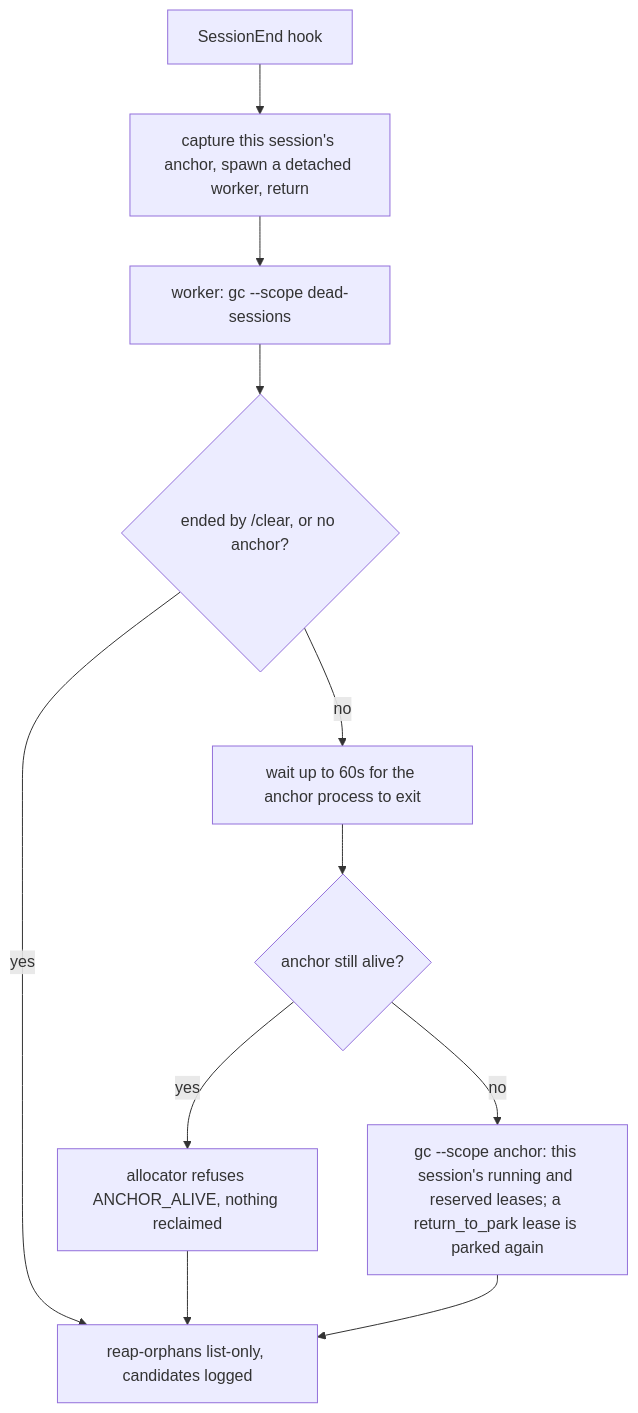
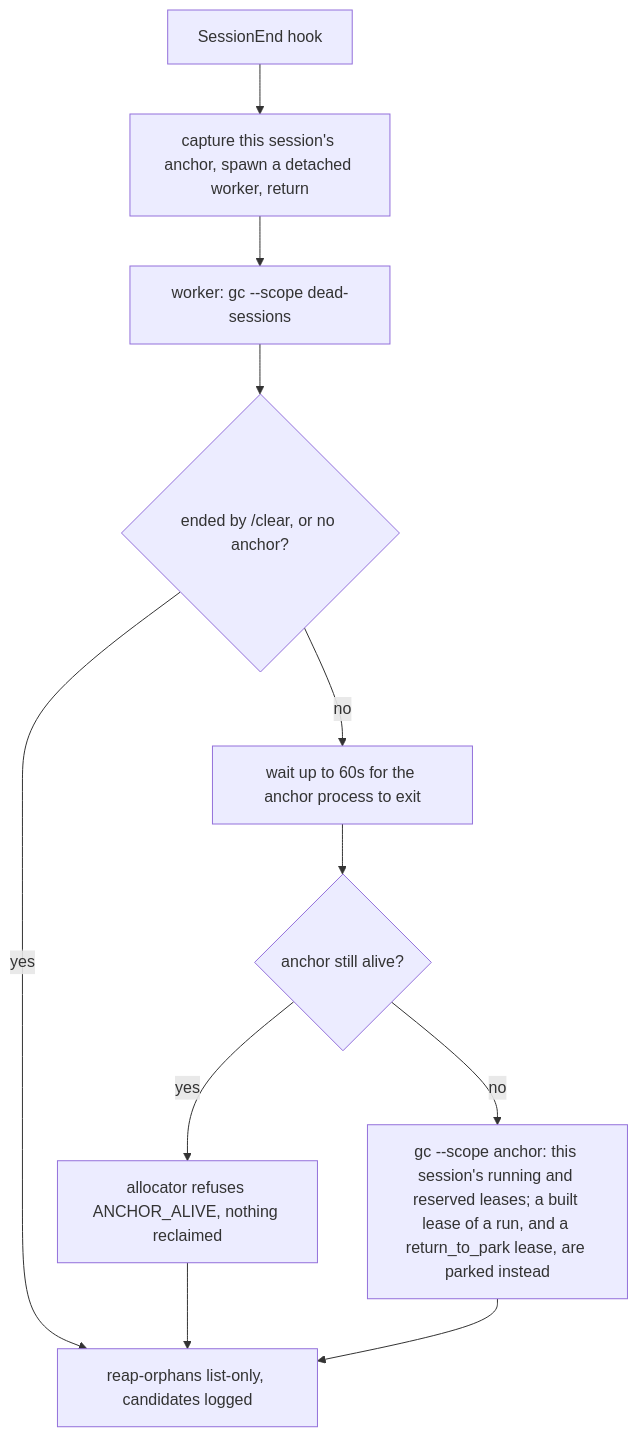
Before and after one commit to Viindoo/odoo-mcp-client: the second of 2 diagrams in plugins/odoo-ai-agents/docs/reference/INSTANCE-ALLOCATION-RECLAIM.md, drawn with Mermaid. The commit also changed other lines of this file and 24 other files, not shown here.

````diff
--- a/plugins/odoo-ai-agents/docs/reference/INSTANCE-ALLOCATION-RECLAIM.md
+++ b/plugins/odoo-ai-agents/docs/reference/INSTANCE-ALLOCATION-RECLAIM.md
@@ -123,13 +123,13 @@
 ```mermaid
 flowchart TD
     E[SessionEnd hook] --> H[capture this session's anchor, spawn a detached worker, return]
     H --> D[worker: gc --scope dead-sessions]
     D --> CL{ended by /clear, or no anchor?}
     CL -- yes --> RO
     CL -- no --> WT[wait up to 60s for the anchor process to exit]
     WT --> G{anchor still alive?}
     G -- yes --> KEEP[allocator refuses ANCHOR_ALIVE, nothing reclaimed]
-    G -- no --> AN[gc --scope anchor: this session's running and reserved leases; a return_to_park lease is parked again]
+    G -- no --> AN[gc --scope anchor: this session's running and reserved leases; a built lease of a run, and a return_to_park lease, are parked instead]
     KEEP --> RO[reap-orphans list-only, candidates logged]
     AN --> RO
 ```
````
